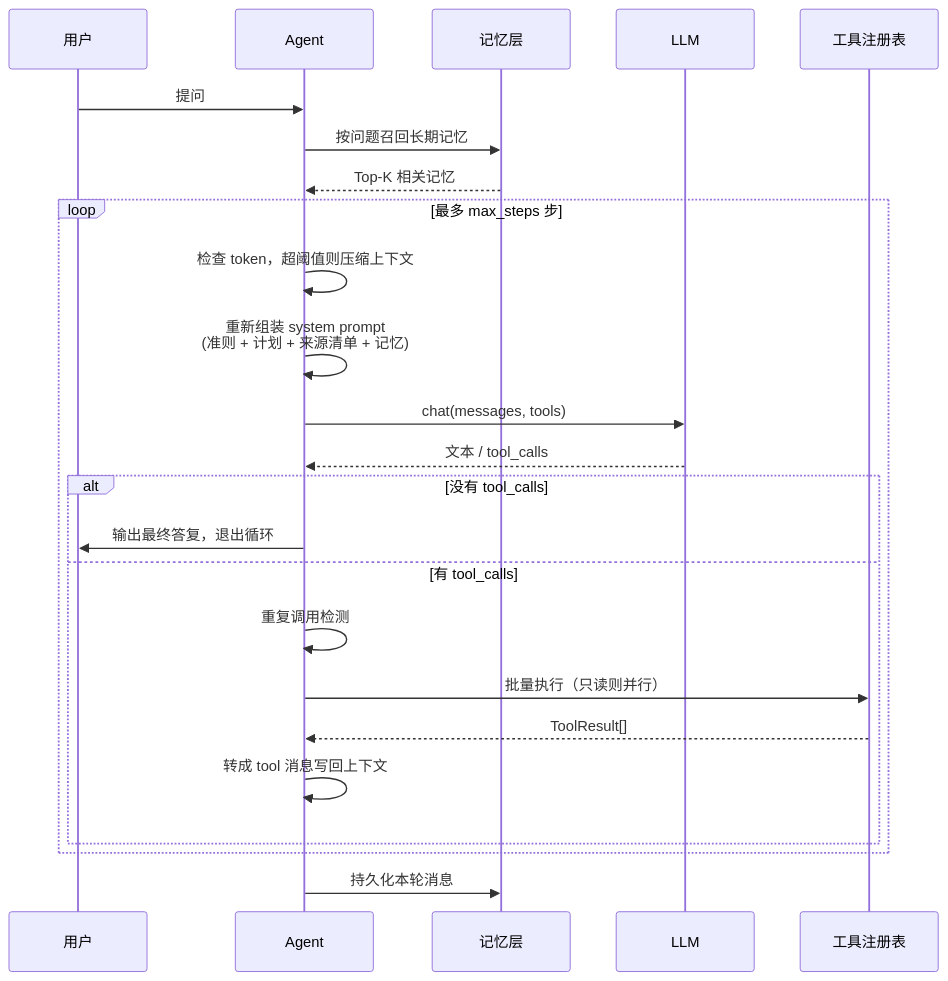
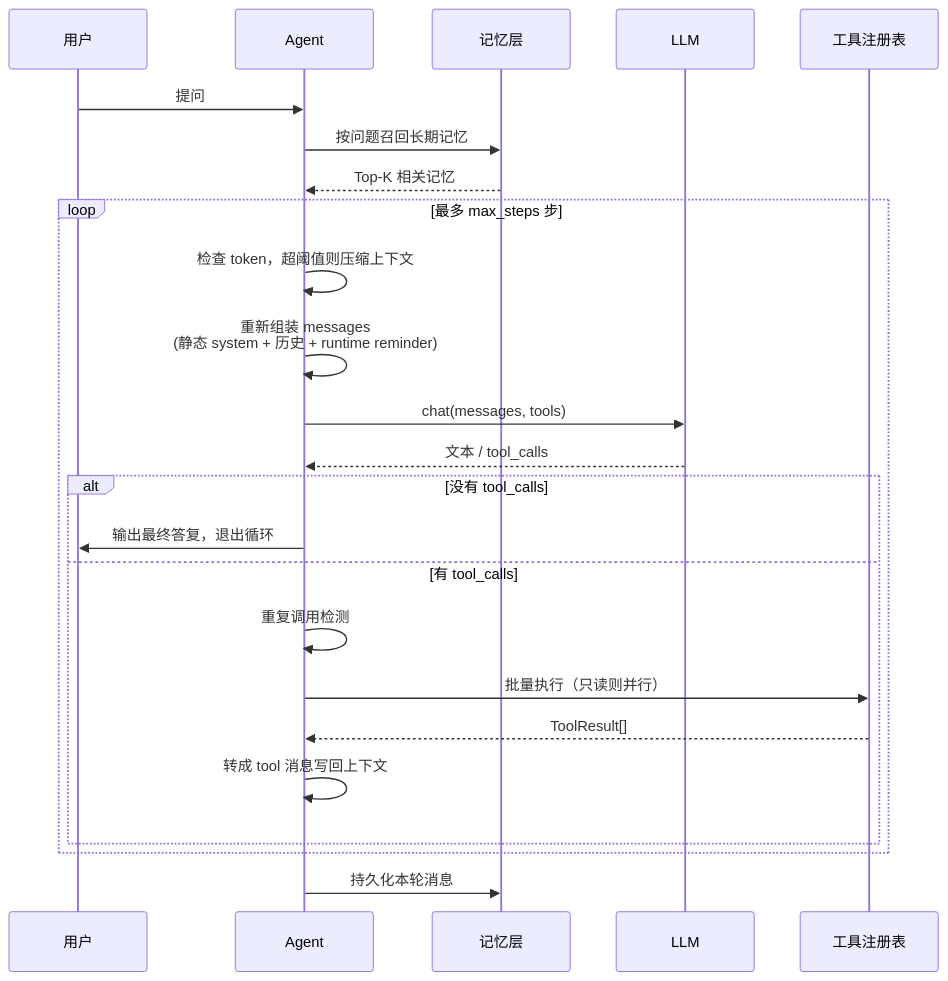
Before and after one commit to lightnine/scout-agent: the second of 6 diagrams in docs/design.md, drawn with Mermaid. The commit also changed other lines of this file and 14 other files, not shown here.

````diff
--- a/docs/design.md
+++ b/docs/design.md
@@ -56,27 +56,27 @@
 ```mermaid
 sequenceDiagram
     participant U as 用户
     participant A as Agent
     participant M as 记忆层
     participant L as LLM
     participant T as 工具注册表
 
     U->>A: 提问
     A->>M: 按问题召回长期记忆
     M-->>A: Top-K 相关记忆
     loop 最多 max_steps 步
         A->>A: 检查 token，超阈值则压缩上下文
-        A->>A: 重新组装 system prompt<br/>(准则 + 计划 + 来源清单 + 记忆)
+        A->>A: 重新组装 messages<br/>(静态 system + 历史 + runtime reminder)
         A->>L: chat(messages, tools)
         L-->>A: 文本 / tool_calls
         alt 没有 tool_calls
             A->>U: 输出最终答复，退出循环
         else 有 tool_calls
             A->>A: 重复调用检测
             A->>T: 批量执行（只读则并行）
             T-->>A: ToolResult[]
             A->>A: 转成 tool 消息写回上下文
         end
     end
     A->>M: 持久化本轮消息
 ```
````
